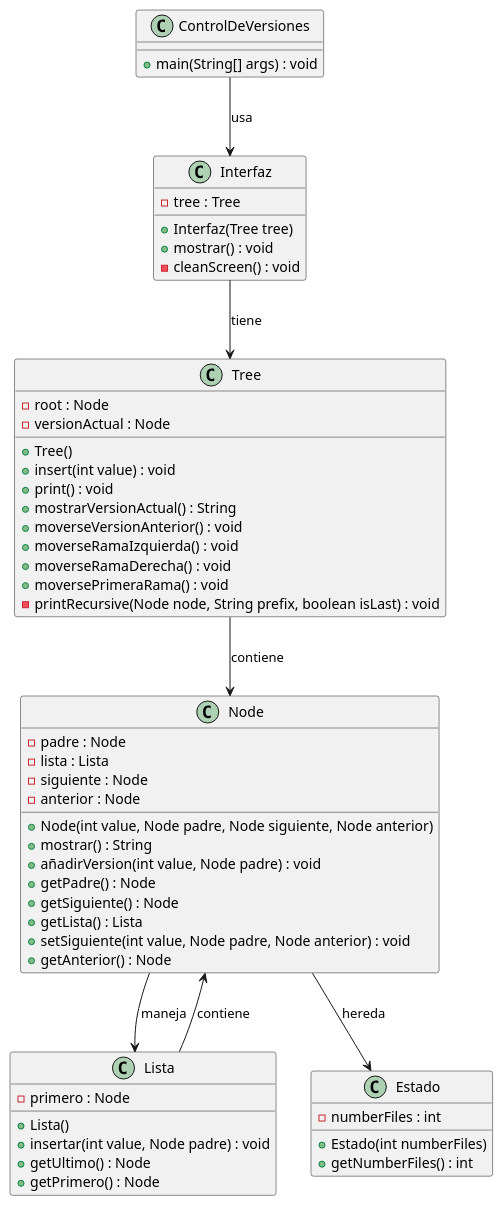
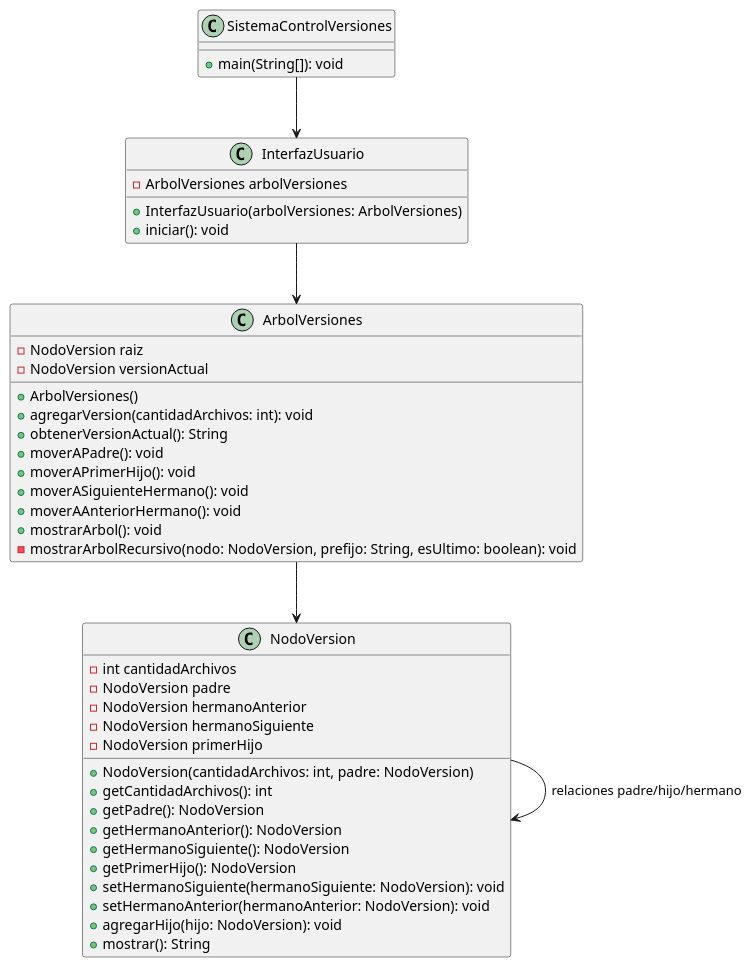
Before and after one commit to mmasias/24-25-EDA1: the diagram in entregas/garciaRaul/Reto-005/Diagrama/diagrama.puml, drawn with PlantUML. The commit also changed 2 other files, not shown here.

Commit message:
Fix UML y Reto 5 hecho

```diff
--- a/entregas/garciaRaul/Reto-005/Diagrama/diagrama.puml
+++ b/entregas/garciaRaul/Reto-005/Diagrama/diagrama.puml
@@ -1,62 +1,48 @@
 @startuml
-class ControlDeVersiones {
-    + main(String[] args) : void
+class SistemaControlVersiones {
+    +main(String[]): void
 }
 
-class Estado {
-    - numberFiles : int
-    + Estado(int numberFiles)
-    + getNumberFiles() : int
+class ArbolVersiones {
+    - NodoVersion raiz
+    - NodoVersion versionActual
+    + ArbolVersiones()
+    + agregarVersion(cantidadArchivos: int): void
+    + obtenerVersionActual(): String
+    + moverAPadre(): void
+    + moverAPrimerHijo(): void
+    + moverASiguienteHermano(): void
+    + moverAAnteriorHermano(): void
+    + mostrarArbol(): void
+    - mostrarArbolRecursivo(nodo: NodoVersion, prefijo: String, esUltimo: boolean): void
 }
 
-class Interfaz {
-    - tree : Tree
-    + Interfaz(Tree tree)
-    + mostrar() : void
-    - cleanScreen() : void
+class NodoVersion {
+    - int cantidadArchivos
+    - NodoVersion padre
+    - NodoVersion hermanoAnterior
+    - NodoVersion hermanoSiguiente
+    - NodoVersion primerHijo
+    + NodoVersion(cantidadArchivos: int, padre: NodoVersion)
+    + getCantidadArchivos(): int
+    + getPadre(): NodoVersion
+    + getHermanoAnterior(): NodoVersion
+    + getHermanoSiguiente(): NodoVersion
+    + getPrimerHijo(): NodoVersion
+    + setHermanoSiguiente(hermanoSiguiente: NodoVersion): void
+    + setHermanoAnterior(hermanoAnterior: NodoVersion): void
+    + agregarHijo(hijo: NodoVersion): void
+    + mostrar(): String
 }
 
-class Lista {
-    - primero : Node
-    + Lista()
-    + insertar(int value, Node padre) : void
-    + getUltimo() : Node
-    + getPrimero() : Node
+class InterfazUsuario {
+    - ArbolVersiones arbolVersiones
+    + InterfazUsuario(arbolVersiones: ArbolVersiones)
+    + iniciar(): void
 }
 
-class Node {
-    - padre : Node
-    - lista : Lista
-    - siguiente : Node
-    - anterior : Node
-    + Node(int value, Node padre, Node siguiente, Node anterior)
-    + mostrar() : String
-    + añadirVersion(int value, Node padre) : void
-    + getPadre() : Node
-    + getSiguiente() : Node
-    + getLista() : Lista
-    + setSiguiente(int value, Node padre, Node anterior) : void
-    + getAnterior() : Node
-}
-
-class Tree {
-    - root : Node
-    - versionActual : Node
-    + Tree()
-    + insert(int value) : void
-    + print() : void
-    + mostrarVersionActual() : String
-    + moverseVersionAnterior() : void
-    + moverseRamaIzquierda() : void
-    + moverseRamaDerecha() : void
-    + moversePrimeraRama() : void
-    - printRecursive(Node node, String prefix, boolean isLast) : void
-}
-
-ControlDeVersiones --> Interfaz : usa
-Interfaz --> Tree : tiene
-Tree --> Node : contiene
-Node --> Lista : maneja
-Lista --> Node : contiene
-Node --> Estado : hereda
+SistemaControlVersiones --> InterfazUsuario
+InterfazUsuario --> ArbolVersiones
+ArbolVersiones --> NodoVersion
+NodoVersion --> NodoVersion : relaciones padre/hijo/hermano
 @enduml
```
